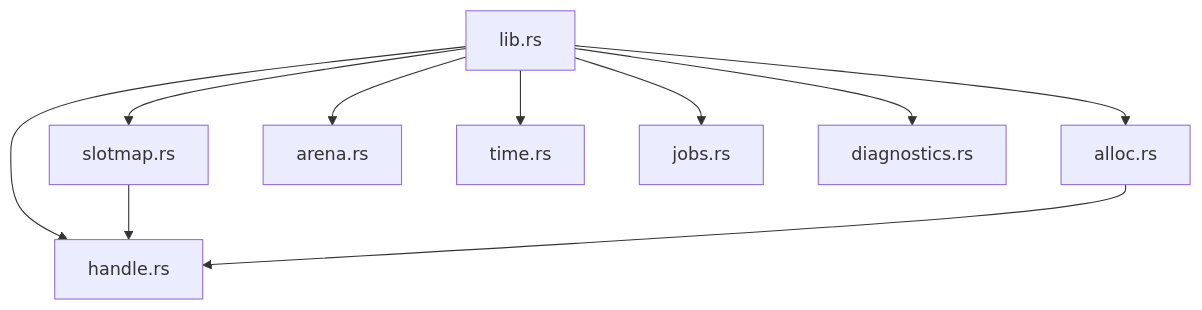
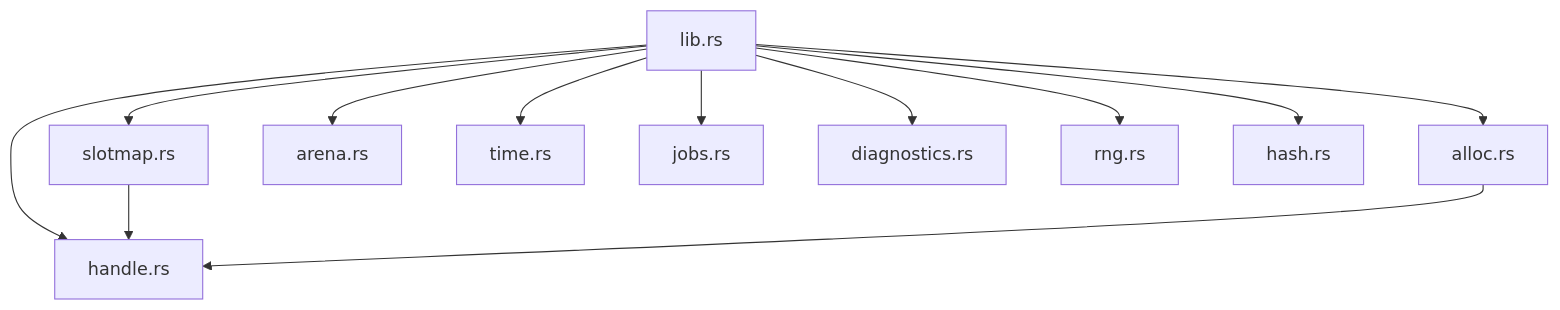
One commit to adamloec/slop changed the first of 5 diagrams in docs/slop-core/README.md. Above: the diagram before and after it, drawn with Mermaid. The commit also changed other lines of this file and 34 other files, not shown here.

````diff
--- a/docs/slop-core/README.md
+++ b/docs/slop-core/README.md
@@ -31,22 +33,26 @@
 ```mermaid
 flowchart TD
     lib["lib.rs"]
     handle["handle.rs"]
     slotmap["slotmap.rs"]
     alloc["alloc.rs"]
     arena["arena.rs"]
     time["time.rs"]
     jobs["jobs.rs"]
     diag["diagnostics.rs"]
+    rng["rng.rs"]
+    hash["hash.rs"]
 
     lib --> handle
     lib --> slotmap
     lib --> alloc
     lib --> arena
     lib --> time
     lib --> jobs
     lib --> diag
+    lib --> rng
+    lib --> hash
 
     slotmap --> handle
     alloc --> handle
 ```
````
